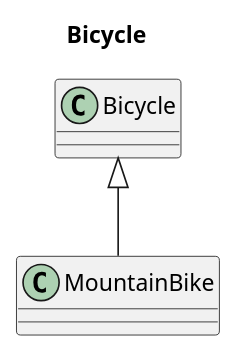
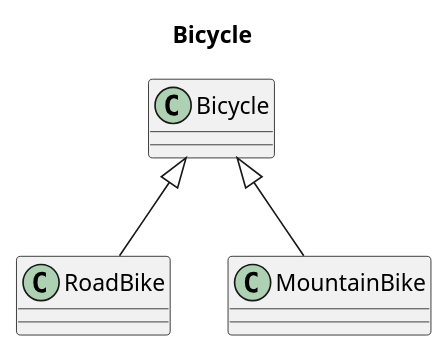
Before and after one commit to yamashun/ruby_oop: the diagram in 06_inheritance/uml/bicycle.pu, drawn with PlantUML. The commit also changed 1 other file, not shown here.

```diff
--- a/06_inheritance/uml/bicycle.pu
+++ b/06_inheritance/uml/bicycle.pu
@@ -1,8 +1,12 @@
 @startuml
 title Bicycle
-class "Bicycle" as Bicycle
+class "Bicycle" as Bicycle {
+  
+}
 
+class "RoadBike" as RoadBike
 class "MountainBike" as MountainBike
 
+Bicycle <|-- RoadBike
 Bicycle <|-- MountainBike
 @enduml
```
